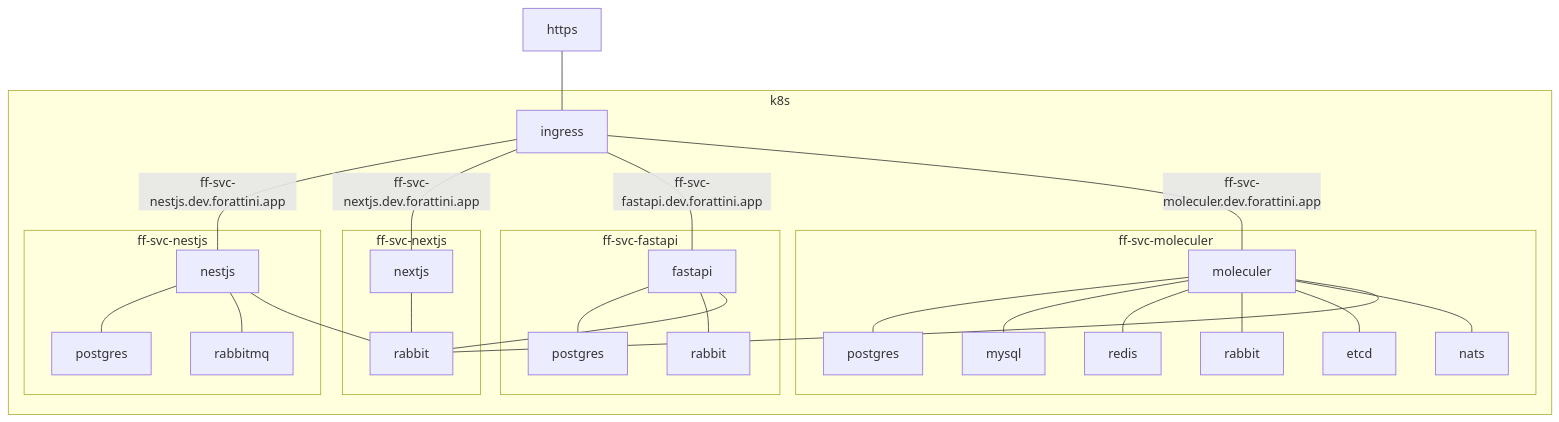
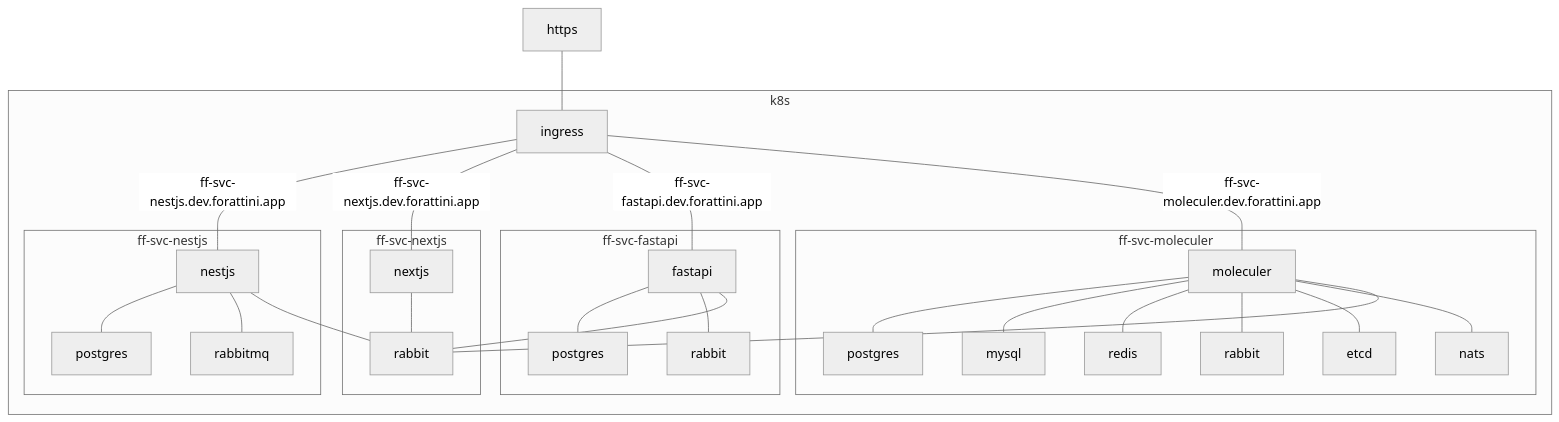
Before and after one commit to filipeforattini/ff-iac-github-actions: the second of 3 diagrams in README.md, drawn with Mermaid. The commit also changed other lines of this file and 2 other files, not shown here.

````diff
--- a/README.md
+++ b/README.md
@@ -348,40 +572,43 @@
 ```mermaid
+%%{init:{"theme":"neutral"}}%%
+%%{init: {'themeVariables': { 'background-color': 'transparent'}}}%%
+
 flowchart
   https---ingress
 
   subgraph k8s
     ingress---|ff-svc-nestjs.dev.forattini.app|nestjs
     ingress---|ff-svc-nextjs.dev.forattini.app|nextjs
     ingress---|ff-svc-fastapi.dev.forattini.app|fastapi
     ingress---|ff-svc-moleculer.dev.forattini.app|moleculer
 
     subgraph ff-svc-nextjs
       nextjs---rabbitmq-nextjs[rabbit]
     end
-    
+
     subgraph ff-svc-moleculer
       moleculer---postgres-moleculer[postgres]
       moleculer---mysql-moleculer[mysql]
       moleculer---redis-moleculer[redis]
       moleculer---rabbitmq-moleculer[rabbit]
       moleculer---etcd-moleculer[etcd]
       moleculer---nats-moleculer[nats]
 
       moleculer---rabbitmq-nextjs
     end
 
     subgraph ff-svc-fastapi
       fastapi---postgres-fastapi[postgres]
       fastapi---rabbitmq-fastapi[rabbit]
-      
+
       fastapi---rabbitmq-nextjs
     end
 
     subgraph ff-svc-nestjs
       nestjs---postgres-nestjs[postgres]
       nestjs---rabbitmq-nestjs[rabbitmq]
 
       nestjs---rabbitmq-nextjs
     end
   end
 ```
````
